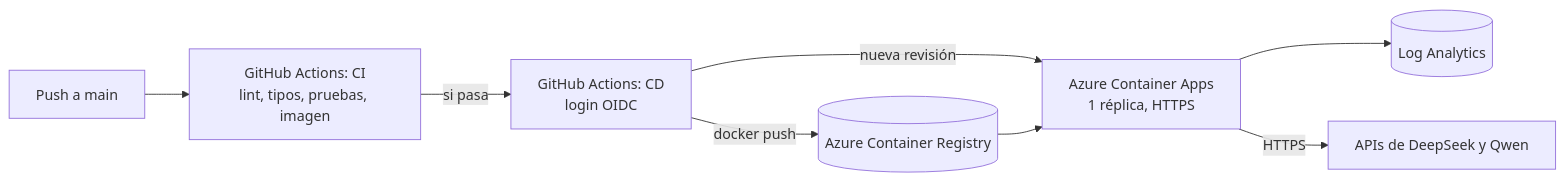
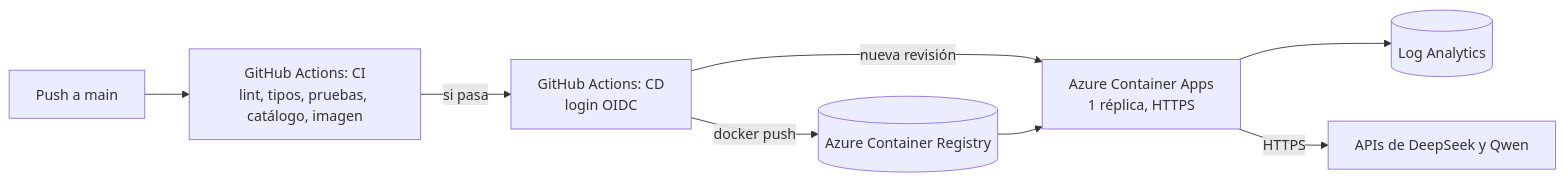
One commit to MechatronicCoder/chatbot-llm-rag changed the second of 3 diagrams in README.md. Above: the diagram before and after it, drawn with Mermaid. The commit also changed other lines of this file and 76 other files, not shown here.

````diff
--- a/README.md
+++ b/README.md
@@ -103,10 +115,10 @@
 ```mermaid
 flowchart LR
-    Dev[Push a main] --> CI[GitHub Actions: CI<br/>lint, tipos, pruebas, imagen]
+    Dev[Push a main] --> CI[GitHub Actions: CI<br/>lint, tipos, pruebas, catálogo, imagen]
     CI -->|si pasa| CD[GitHub Actions: CD<br/>login OIDC]
     CD -->|docker push| ACR[(Azure Container Registry)]
     CD -->|nueva revisión| ACA[Azure Container Apps<br/>1 réplica, HTTPS]
     ACR --> ACA
     ACA --> LA[(Log Analytics)]
     ACA -->|HTTPS| APIs[APIs de DeepSeek y Qwen]
 ```
````
